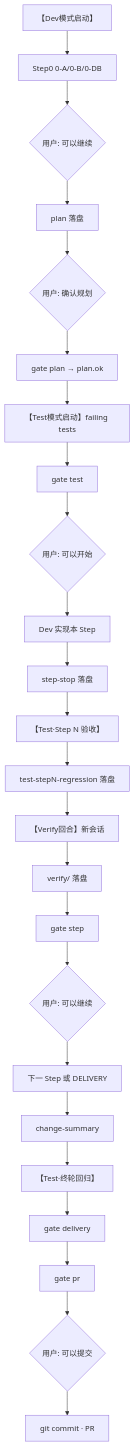
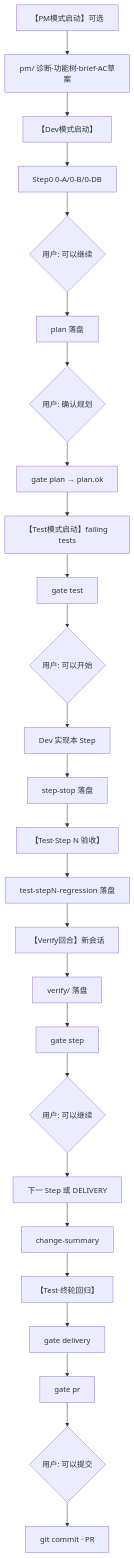
Before and after one commit to sunhailiang-tourist/FactoryOS: the diagram in .cursor/factoryos/PRE-DEV-CHAIN.md, drawn with Mermaid. The commit also changed other lines of this file and 138 other files, not shown here.

````diff
--- a/.cursor/factoryos/PRE-DEV-CHAIN.md
+++ b/.cursor/factoryos/PRE-DEV-CHAIN.md
@@ -57,26 +57,28 @@
 ```mermaid
 flowchart TD
-  A[【Dev模式启动】] --> B[Step0 0-A/0-B/0-DB]
+  PM0[【PM模式启动】可选] --> PM1[pm/ 诊断·功能树·brief·AC草案]
+  PM1 --> A[【Dev模式启动】]
+  A --> B[Step0 0-A/0-B/0-DB]
   B --> C{用户: 可以继续}
   C --> D[plan 落盘]
   D --> E{用户: 确认规划}
   E --> F[gate plan → plan.ok]
   F --> G[【Test模式启动】failing tests]
   G --> H[gate test]
   H --> I{用户: 可以开始}
   I --> J[Dev 实现本 Step]
   J --> K[step-stop 落盘]
   K --> L[【Test·Step N 验收】]
   L --> M[test-stepN-regression 落盘]
   M --> N[【Verify回合】新会话]
   N --> O[verify/ 落盘]
   O --> P[gate step]
   P --> Q{用户: 可以继续}
   Q --> R[下一 Step 或 DELIVERY]
   R --> S[change-summary]
   S --> T[【Test·终轮回归】]
   T --> U[gate delivery]
   U --> V[gate pr]
   V --> W{用户: 可以提交}
   W --> X[git commit · PR]
 ```
````
